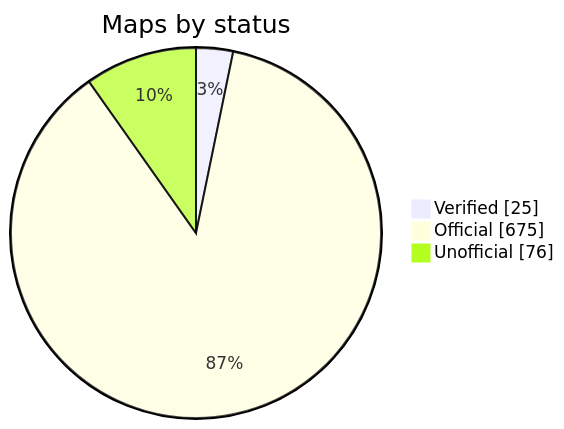
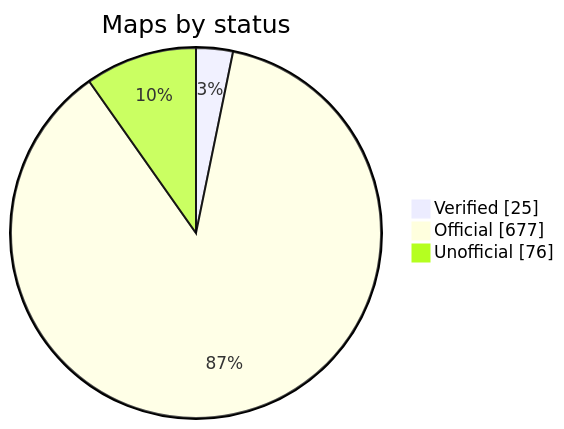
One commit to nobrega8/mbmap-library changed the diagram in README.md. Above: the diagram before and after it, drawn with Mermaid. The commit also changed 7 other files, not shown here.

````diff
--- a/README.md
+++ b/README.md
@@ -52,7 +52,7 @@
 ```mermaid
 pie showData
     title Maps by status
     "Verified" : 25
-    "Official" : 675
+    "Official" : 677
     "Unofficial" : 76
 ```
````
